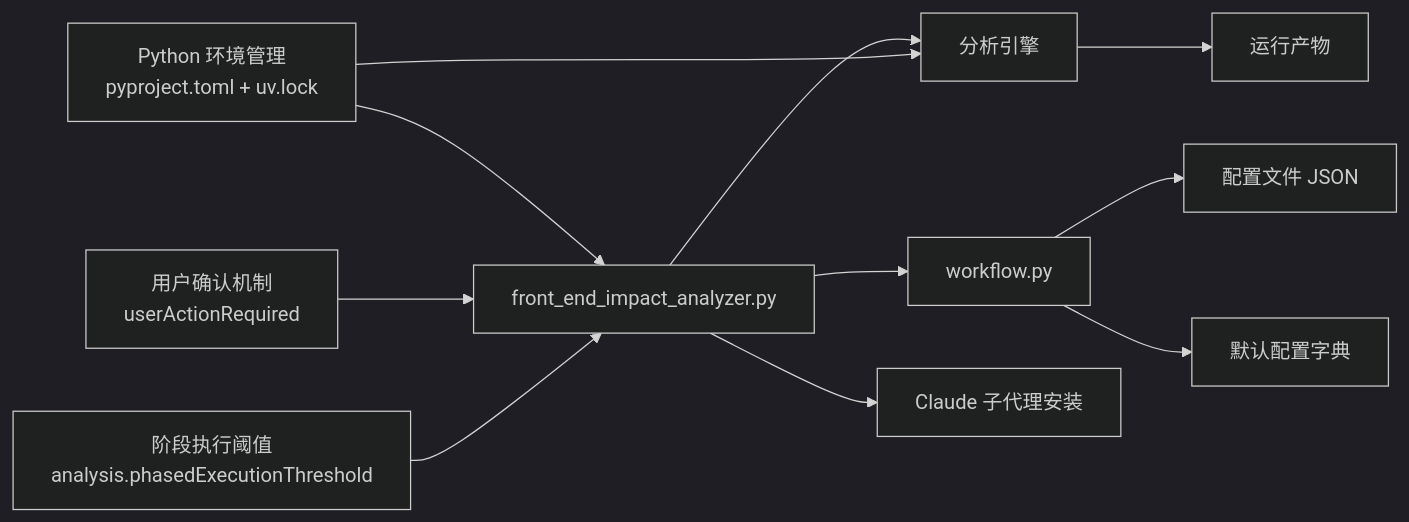
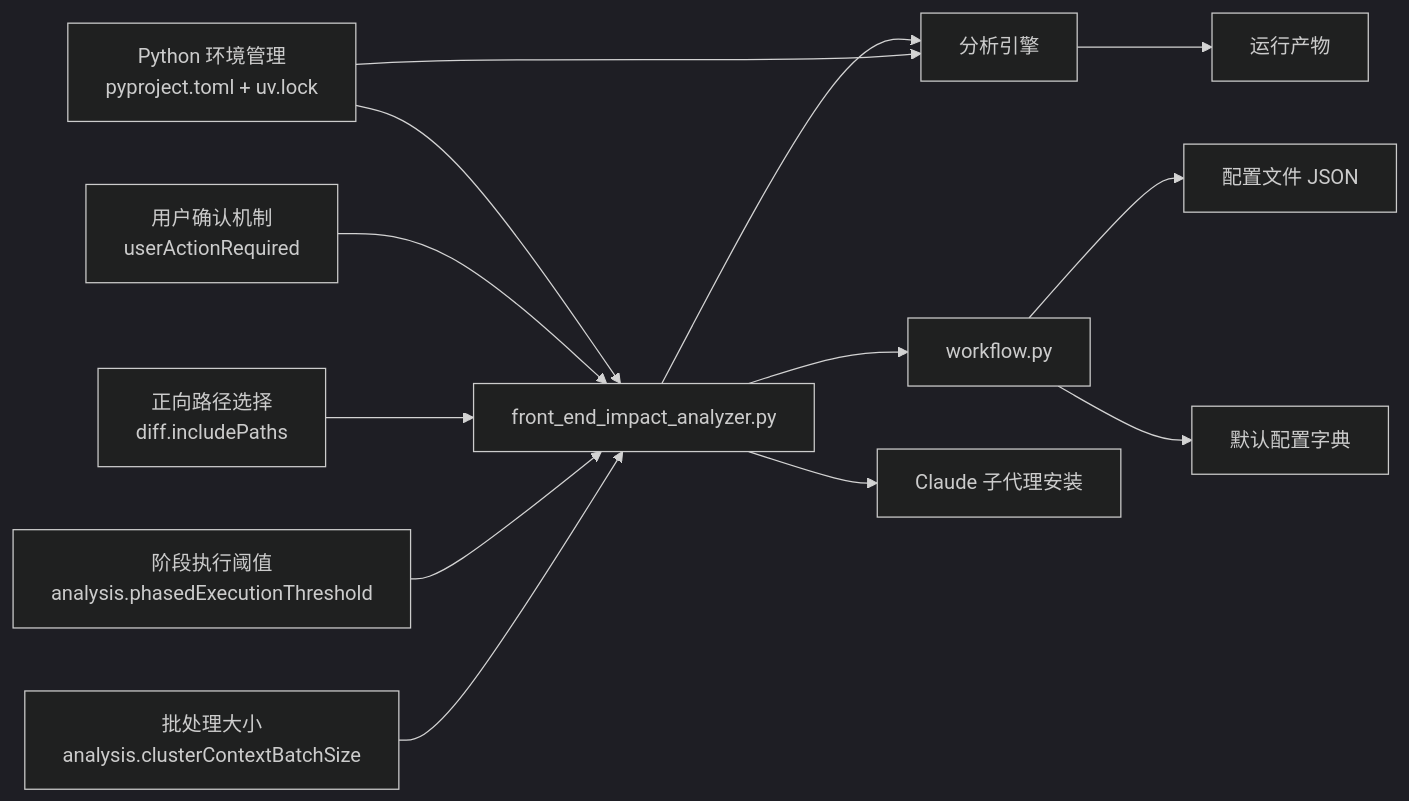
Before and after one commit to brand-new-remo/frontend-impact-analyzer: the third of 3 diagrams in .qoder/repowiki/zh/content/API参考/配置选项.md, drawn with Mermaid (dark theme). The commit also changed other lines of this file and 13 other files, not shown here.

````diff
--- a/.qoder/repowiki/zh/content/API参考/配置选项.md
+++ b/.qoder/repowiki/zh/content/API参考/配置选项.md
@@ -300,13 +353,15 @@
 ```mermaid
 graph LR
 CLI["front_end_impact_analyzer.py"] --> WF["workflow.py"]
 WF --> CFG["默认配置字典"]
 WF --> FS["配置文件 JSON"]
 CLI --> ENG["分析引擎"]
 ENG --> ART["运行产物"]
 CLI --> AGI["Claude 子代理安装"]
 PY["Python 环境管理<br/>pyproject.toml + uv.lock"] --> CLI
 PY --> ENG
 UA["用户确认机制<br/>userActionRequired"] --> CLI
+IP["正向路径选择<br/>diff.includePaths"] --> CLI
 PH["阶段执行阈值<br/>analysis.phasedExecutionThreshold"] --> CLI
+CB["批处理大小<br/>analysis.clusterContextBatchSize"] --> CLI
 ```
````
